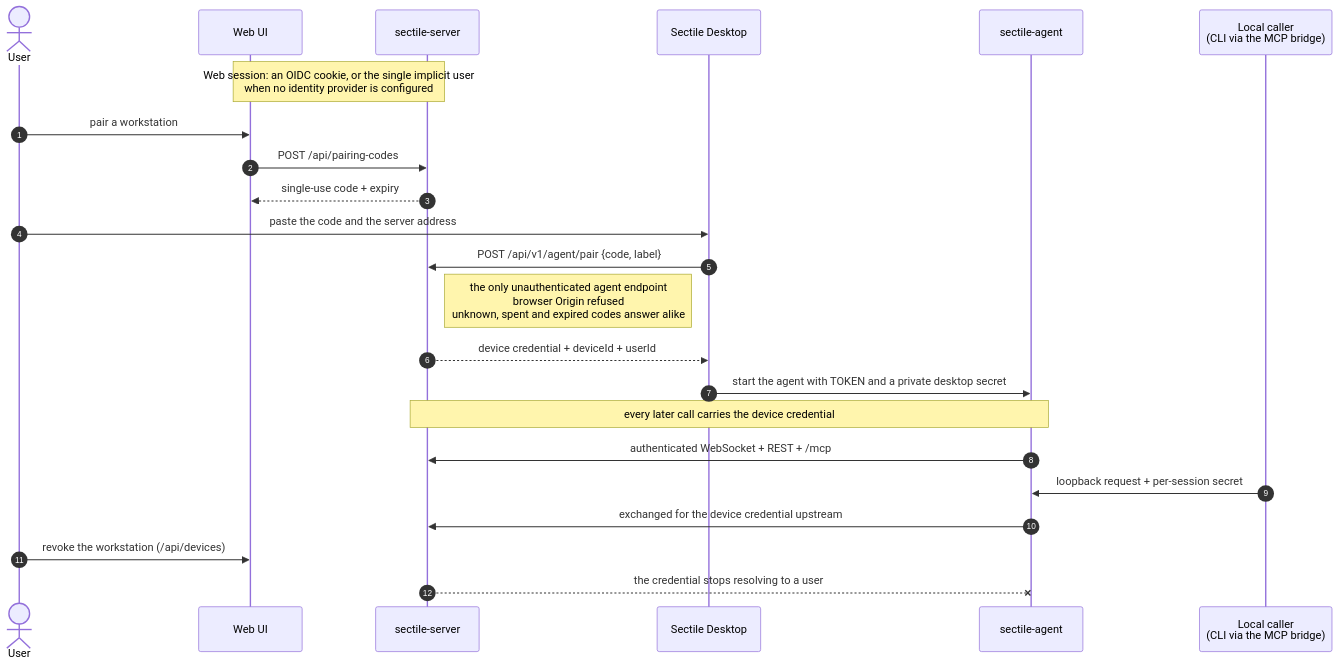
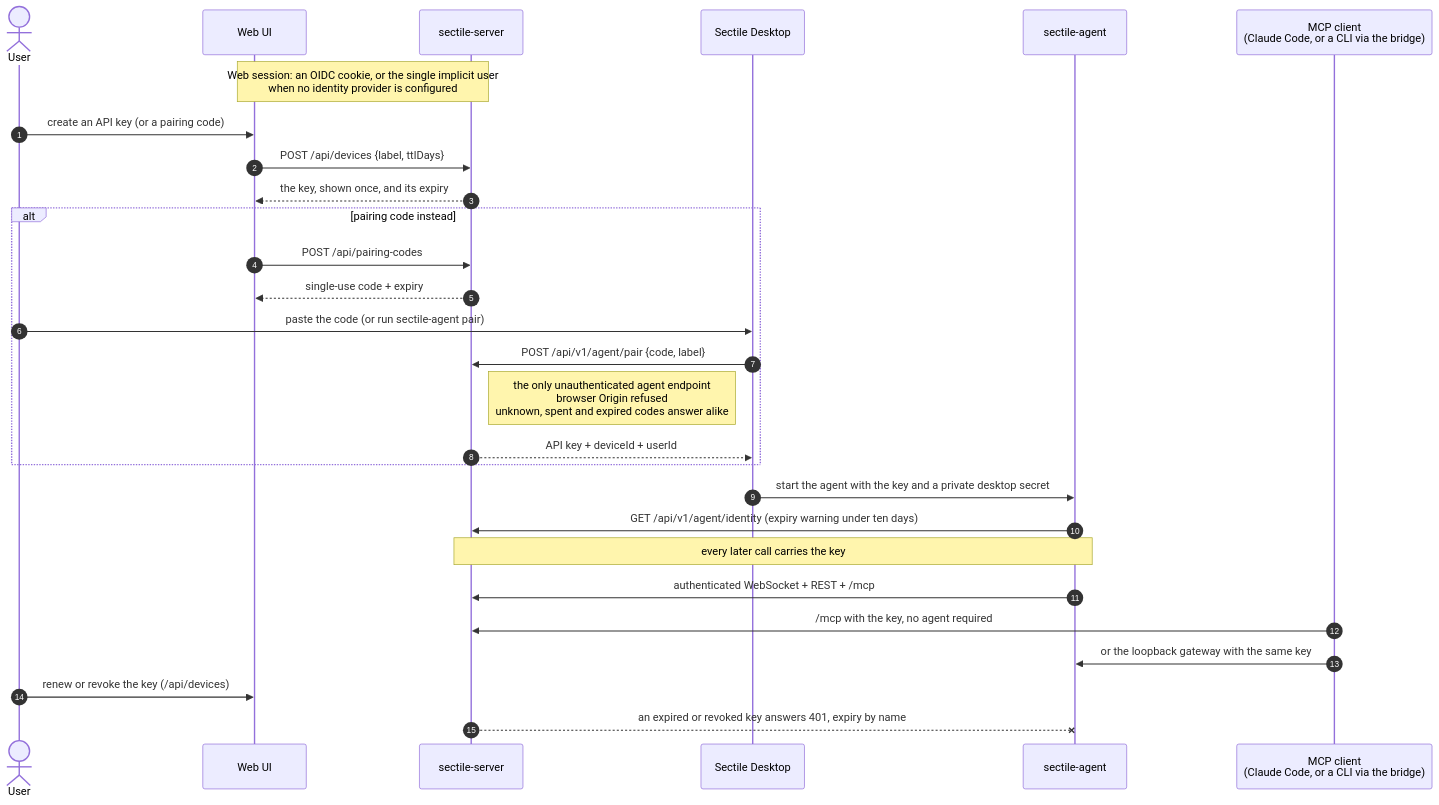
One commit to sebastienferry/sectile changed the third of 3 diagrams in docs/ARCHITECTURE.md. Above: the diagram before and after it, drawn with Mermaid. The commit also changed other lines of this file and 41 other files, not shown here.

````diff
--- a/docs/ARCHITECTURE.md
+++ b/docs/ARCHITECTURE.md
@@ -107,26 +108,31 @@
 ```mermaid
 sequenceDiagram
     autonumber
     actor U as User
     participant UI as Web UI
     participant S as sectile-server
     participant D as Sectile Desktop
     participant A as sectile-agent
-    participant L as Local caller<br/>(CLI via the MCP bridge)
+    participant L as MCP client<br/>(Claude Code, or a CLI via the bridge)
 
     Note over UI,S: Web session: an OIDC cookie, or the single implicit user<br/>when no identity provider is configured
-    U->>UI: pair a workstation
-    UI->>S: POST /api/pairing-codes
-    S-->>UI: single-use code + expiry
-    U->>D: paste the code and the server address
-    D->>S: POST /api/v1/agent/pair {code, label}
-    Note right of S: the only unauthenticated agent endpoint<br/>browser Origin refused<br/>unknown, spent and expired codes answer alike
-    S-->>D: device credential + deviceId + userId
-    D->>A: start the agent with TOKEN and a private desktop secret
-    Note over A,S: every later call carries the device credential
+    U->>UI: create an API key (or a pairing code)
+    UI->>S: POST /api/devices {label, ttlDays}
+    S-->>UI: the key, shown once, and its expiry
+    alt pairing code instead
+        UI->>S: POST /api/pairing-codes
+        S-->>UI: single-use code + expiry
+        U->>D: paste the code (or run sectile-agent pair)
+        D->>S: POST /api/v1/agent/pair {code, label}
+        Note right of S: the only unauthenticated agent endpoint<br/>browser Origin refused<br/>unknown, spent and expired codes answer alike
+        S-->>D: API key + deviceId + userId
+    end
+    D->>A: start the agent with the key and a private desktop secret
+    A->>S: GET /api/v1/agent/identity (expiry warning under ten days)
+    Note over A,S: every later call carries the key
     A->>S: authenticated WebSocket + REST + /mcp
-    L->>A: loopback request + per-session secret
-    A->>S: exchanged for the device credential upstream
-    U->>UI: revoke the workstation (/api/devices)
-    S--xA: the credential stops resolving to a user
+    L->>S: /mcp with the key, no agent required
+    L->>A: or the loopback gateway with the same key
+    U->>UI: renew or revoke the key (/api/devices)
+    S--xA: an expired or revoked key answers 401, expiry by name
 ```
````
